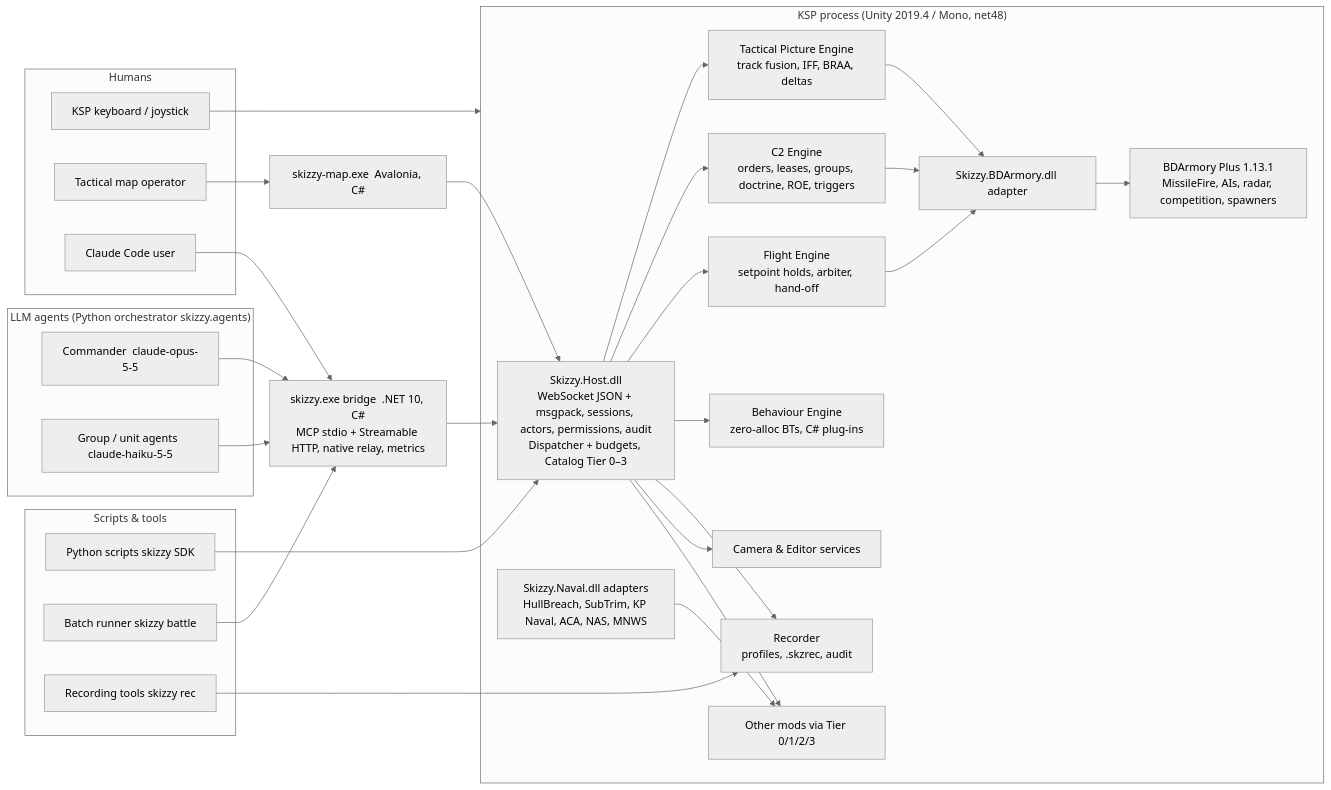
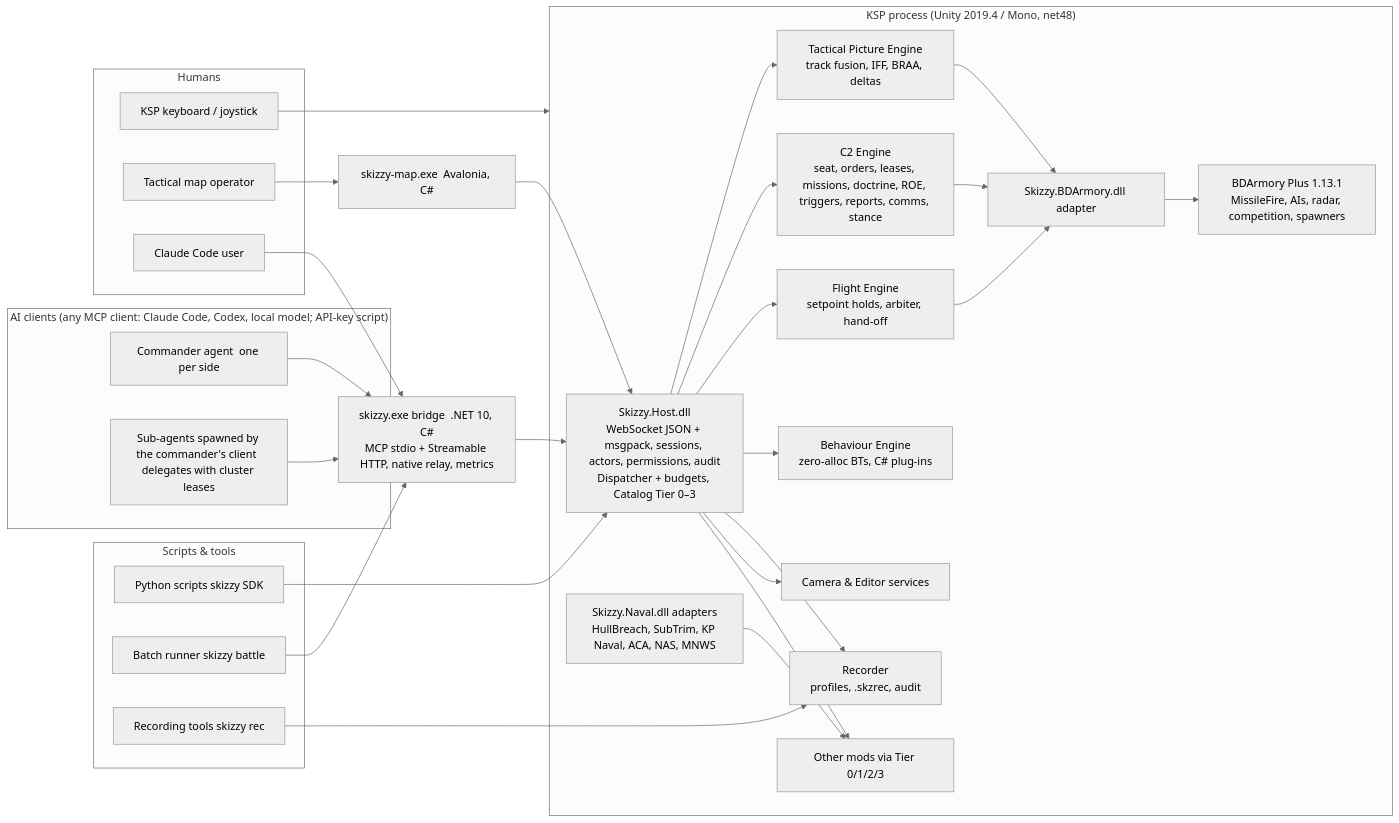
Before and after one commit to Skizzy-create/skizzy-protocol: the diagram in design/00-overview.md, drawn with Mermaid (neutral theme). The commit also changed other lines of this file and 22 other files, not shown here.

First line of the commit message:
design: pass 2 - command model, comms/diplomacy, spawn anywhere

````diff
--- a/design/00-overview.md
+++ b/design/00-overview.md
@@ -32,45 +32,45 @@
 ```mermaid
 flowchart LR
   subgraph Humans["Humans"]
     H1[KSP keyboard / joystick]
     H2[Tactical map operator]
     H3[Claude Code user]
   end
-  subgraph Agents["LLM agents (Python orchestrator skizzy.agents)"]
-    A1[Commander  claude-opus-5-5]
-    A2[Group / unit agents  claude-haiku-5-5]
+  subgraph Agents["AI clients (any MCP client: Claude Code, Codex, local model; API-key script)"]
+    A1[Commander agent  one per side]
+    A2[Sub-agents spawned by the commander's client  delegates with cluster leases]
   end
   subgraph Scripts["Scripts & tools"]
     S1[Python scripts  skizzy SDK]
     S2[Batch runner  skizzy battle]
     S3[Recording tools  skizzy rec]
   end
   MAP[skizzy-map.exe  Avalonia, C#]
   BR[skizzy.exe bridge  .NET 10, C#<br/>MCP stdio + Streamable HTTP, native relay, metrics]
   subgraph KSP["KSP process (Unity 2019.4 / Mono, net48)"]
     HOST[Skizzy.Host.dll<br/>WebSocket JSON + msgpack, sessions, actors, permissions, audit<br/>Dispatcher + budgets, Catalog Tier 0–3]
     TPE[Tactical Picture Engine<br/>track fusion, IFF, BRAA, deltas]
-    C2[C2 Engine<br/>orders, leases, groups, doctrine, ROE, triggers]
+    C2[C2 Engine<br/>seat, orders, leases, missions, doctrine, ROE, triggers, reports, comms, stance]
     FLT[Flight Engine<br/>setpoint holds, arbiter, hand-off]
     BT[Behaviour Engine<br/>zero-alloc BTs, C# plug-ins]
     REC[Recorder<br/>profiles, .skzrec, audit]
     CAM[Camera & Editor services]
     BDA[Skizzy.BDArmory.dll adapter]
     NAV[Skizzy.Naval.dll adapters<br/>HullBreach, SubTrim, KP Naval, ACA, NAS, MNWS]
     BDAM[BDArmory Plus 1.13.1<br/>MissileFire, AIs, radar, competition, spawners]
     MODS[Other mods via Tier 0/1/2/3]
   end
   H1 --> KSP
   H2 --> MAP --> HOST
   H3 --> BR
   A1 --> BR
   A2 --> BR
   S1 --> HOST
   S2 --> BR
   S3 --> REC
   BR --> HOST
   HOST --> TPE & C2 & FLT & BT & REC & CAM
   TPE & C2 & FLT --> BDA --> BDAM
   NAV --> MODS
   HOST --> MODS
 ```
````
